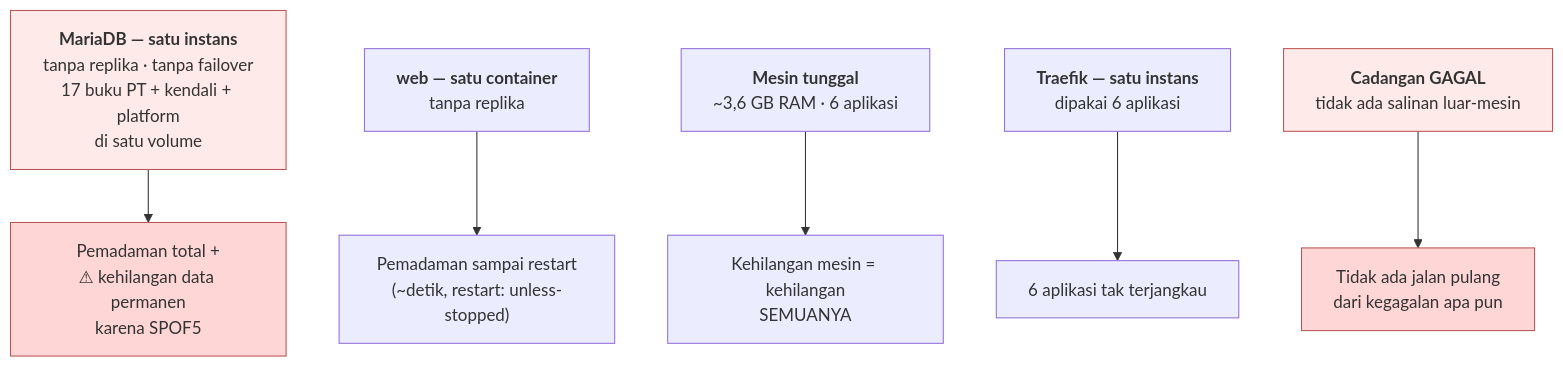
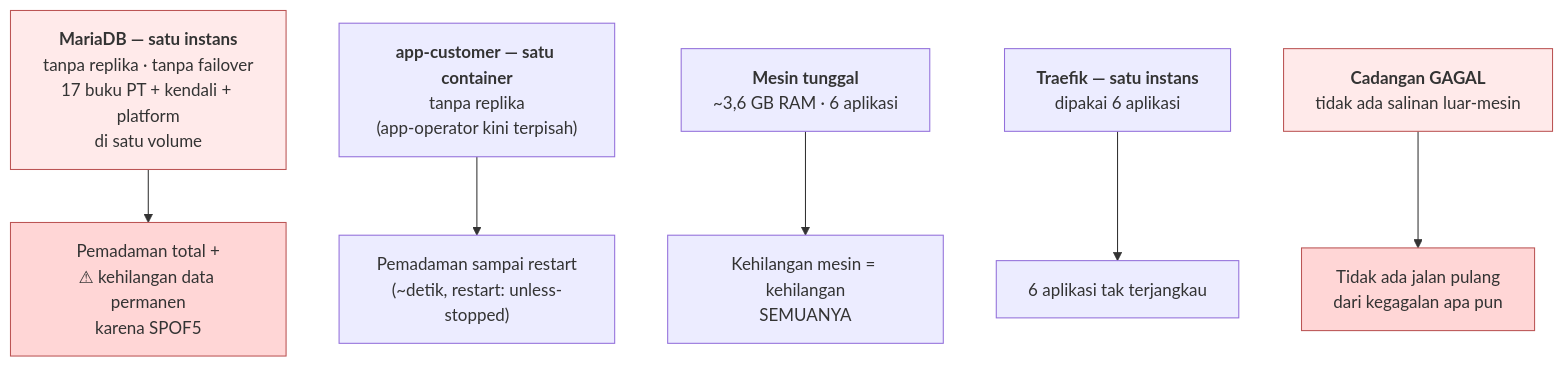
The fourth of 4 diagrams in docs/arsitektur/04-DEPENDENSI-INTEGRASI.md (tri-evendi/sai-accounting), drawn with Mermaid before and after one commit. The commit also changed other lines of this file and 18 other files, not shown here.

First line of the commit message:
feat(ci+infra): gerbang verify otomatis, dan bidang operator dipisah container

````diff
--- a/docs/arsitektur/04-DEPENDENSI-INTEGRASI.md
+++ b/docs/arsitektur/04-DEPENDENSI-INTEGRASI.md
@@ -283,19 +283,19 @@
 ```mermaid
 graph TD
     SPOF1["<b>MariaDB — satu instans</b><br/>tanpa replika · tanpa failover<br/>17 buku PT + kendali + platform<br/>di satu volume"]
-    SPOF2["<b>web — satu container</b><br/>tanpa replika"]
+    SPOF2["<b>app-customer — satu container</b><br/>tanpa replika<br/>(app-operator kini terpisah)"]
     SPOF3["<b>Mesin tunggal</b><br/>~3,6 GB RAM · 6 aplikasi"]
     SPOF4["<b>Traefik — satu instans</b><br/>dipakai 6 aplikasi"]
     SPOF5["<b>Cadangan GAGAL</b><br/>tidak ada salinan luar-mesin"]
 
     SPOF1 --> I1["Pemadaman total +<br/>⚠ kehilangan data permanen<br/>karena SPOF5"]
     SPOF2 --> I2["Pemadaman sampai restart<br/>(~detik, restart: unless-stopped)"]
     SPOF3 --> I3["Kehilangan mesin = kehilangan<br/>SEMUANYA"]
     SPOF4 --> I4["6 aplikasi tak terjangkau"]
     SPOF5 --> I5["Tidak ada jalan pulang<br/>dari kegagalan apa pun"]
 
     style SPOF1 fill:#ffeaea,stroke:#b55
     style SPOF5 fill:#ffeaea,stroke:#b55
     style I1 fill:#ffd6d6,stroke:#b55
     style I5 fill:#ffd6d6,stroke:#b55
 ```
````
